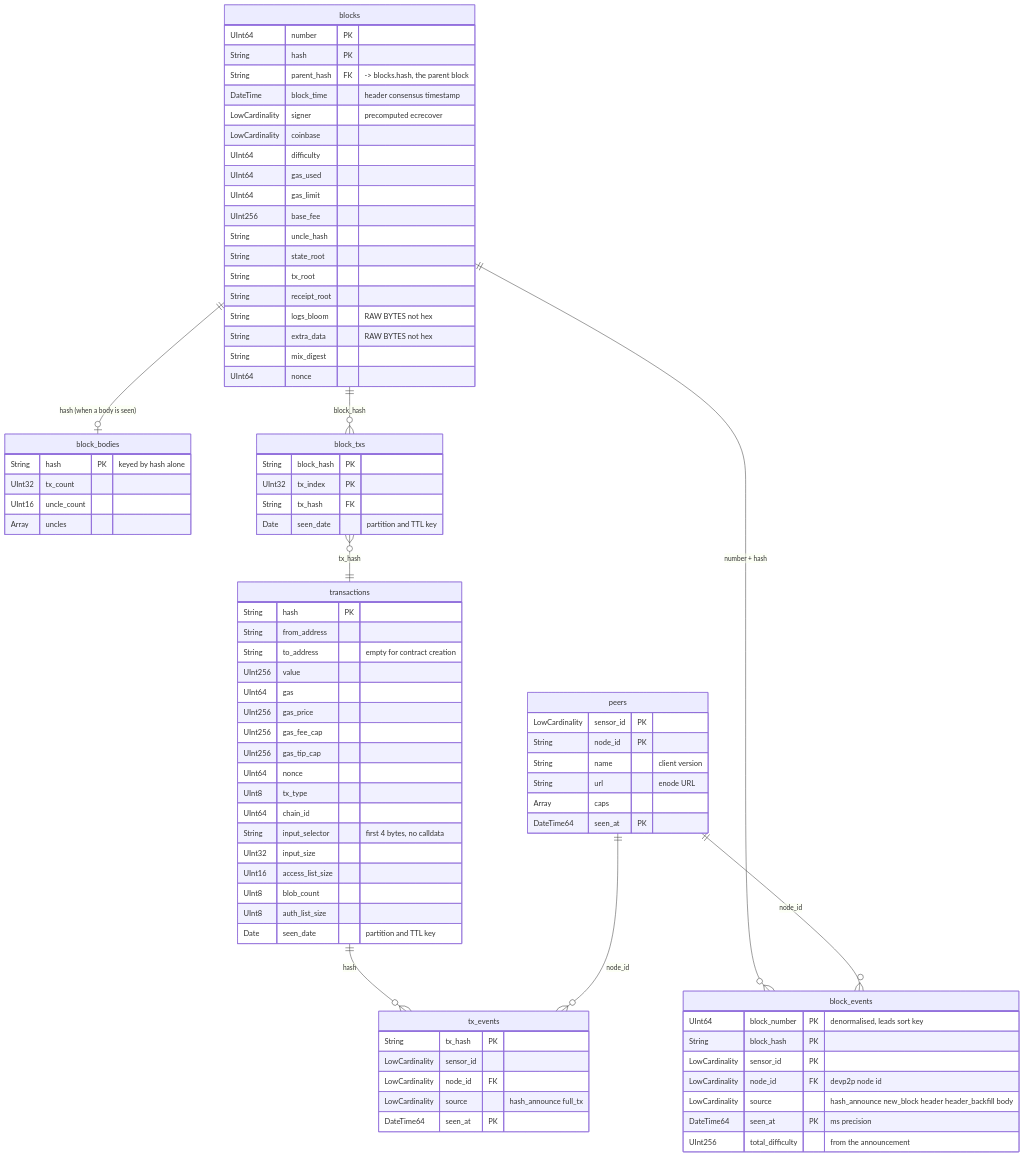
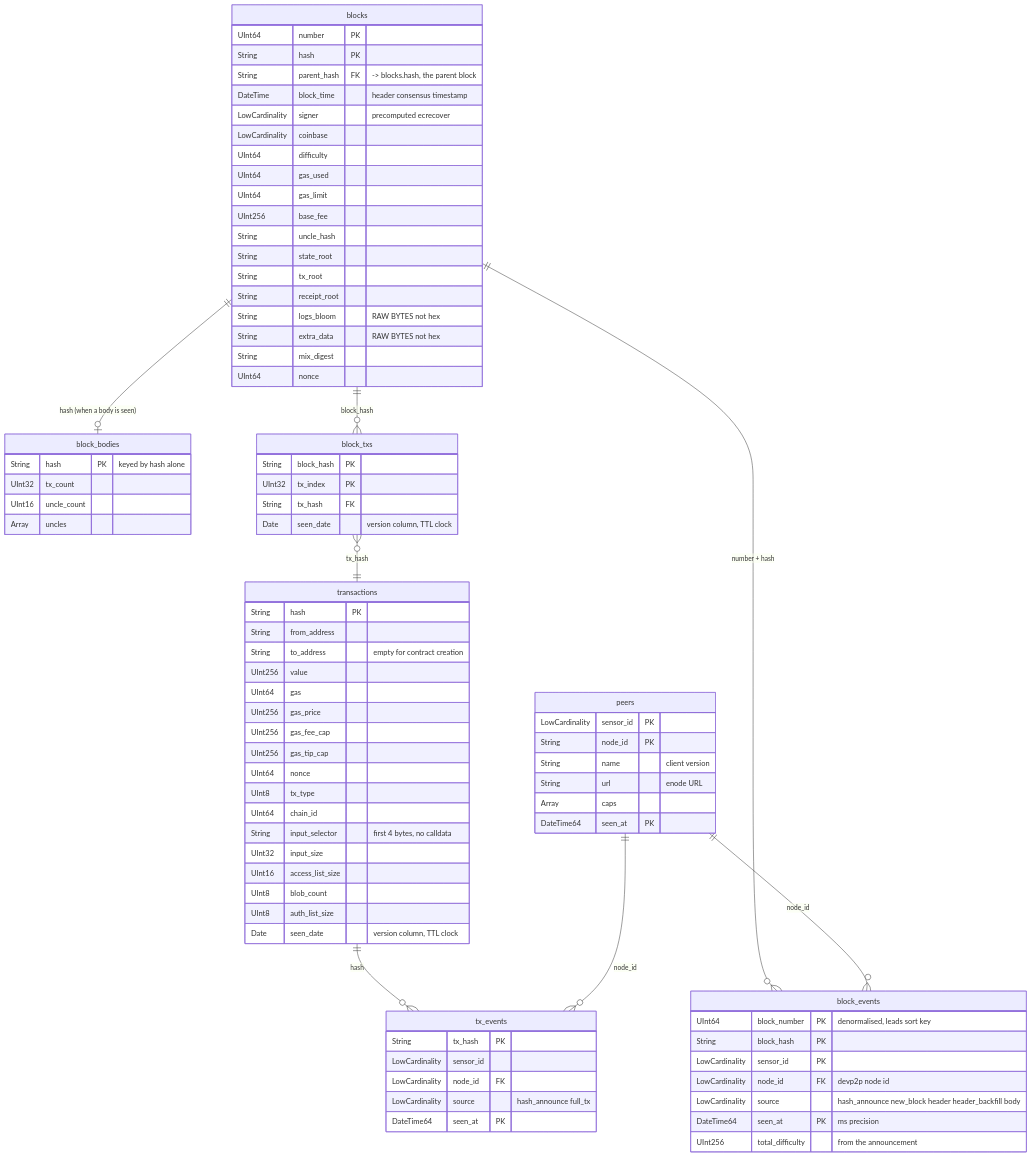
The first of 3 diagrams in cmd/p2p/sensor/clickhouse.md (0xPolygon/polygon-cli), drawn with Mermaid before and after one commit. The commit also changed other lines of this file, not shown here.

First line of the commit message:
docs(p2p/sensor): fact-table partitioning must follow the dedup key

```diff
--- a/cmd/p2p/sensor/clickhouse.md
+++ b/cmd/p2p/sensor/clickhouse.md
@@ -70,7 +70,7 @@
         String block_hash PK
         UInt32 tx_index PK
         String tx_hash FK
-        Date seen_date "partition and TTL key"
+        Date seen_date "version column, TTL clock"
     }
 
     transactions {
@@ -90,7 +90,7 @@
         UInt16 access_list_size
         UInt8 blob_count
         UInt8 auth_list_size
-        Date seen_date "partition and TTL key"
+        Date seen_date "version column, TTL clock"
     }
 
     block_events {
```
